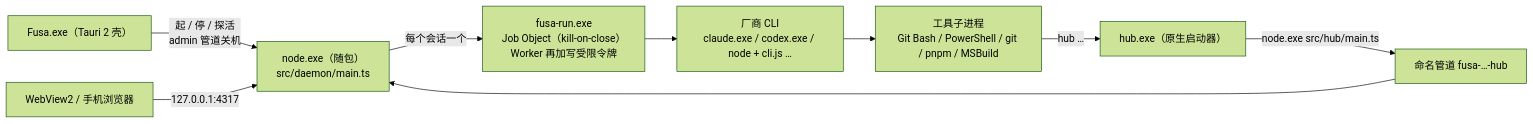
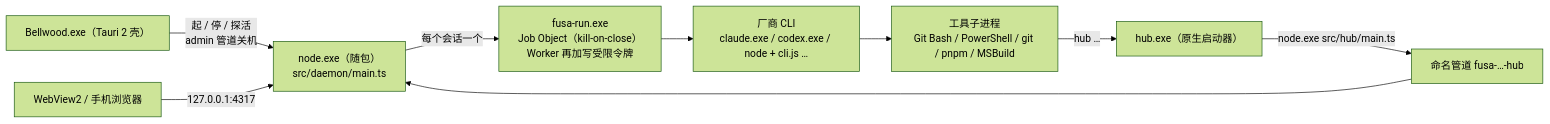
One commit to maodesikeng-boop/agent-hub changed the diagram in docs/windows-native-design.md. Above: the diagram before and after it, drawn with Mermaid (forest theme). The commit also changed 75 other files, not shown here.

First line of the commit message:
feat: 对外显示名从 Fusa 改成 Bellwood

````diff
--- a/docs/windows-native-design.md
+++ b/docs/windows-native-design.md
@@ -65,11 +65,11 @@
 ```mermaid
 flowchart LR
-  shell["Fusa.exe（Tauri 2 壳）"] -->|"起 / 停 / 探活<br/>admin 管道关机"| node["node.exe（随包）<br/>src/daemon/main.ts"]
+  shell["Bellwood.exe（Tauri 2 壳）"] -->|"起 / 停 / 探活<br/>admin 管道关机"| node["node.exe（随包）<br/>src/daemon/main.ts"]
   web["WebView2 / 手机浏览器"] -->|"127.0.0.1:4317"| node
   node -->|"每个会话一个"| run["fusa-run.exe<br/>Job Object（kill-on-close）<br/>Worker 再加写受限令牌"]
   run --> cli["厂商 CLI<br/>claude.exe / codex.exe / node + cli.js …"]
   cli --> tools["工具子进程<br/>Git Bash / PowerShell / git / pnpm / MSBuild"]
   tools -->|"hub …"| hub["hub.exe（原生启动器）"]
   hub -->|"node.exe src/hub/main.ts"| pipe["命名管道 fusa-…-hub"]
   pipe --> node
 ```
````
